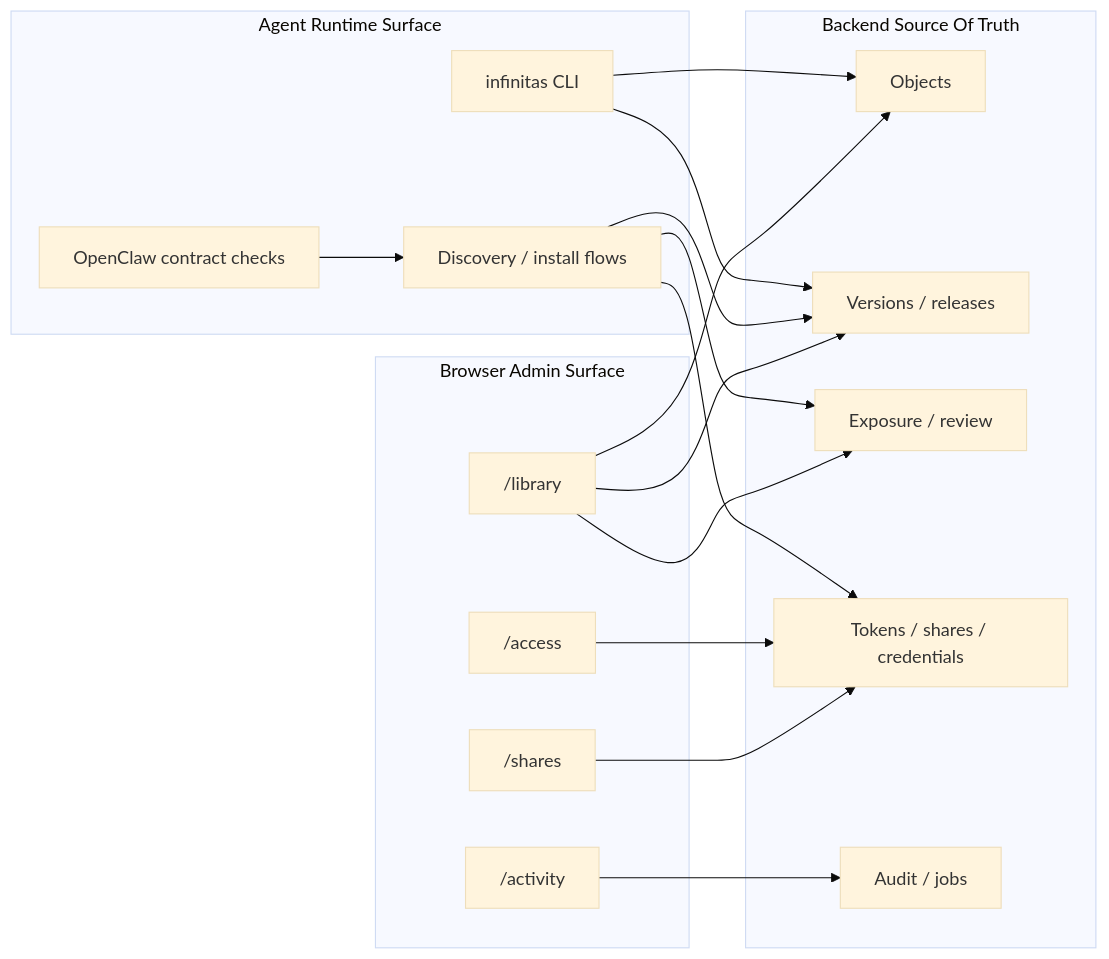
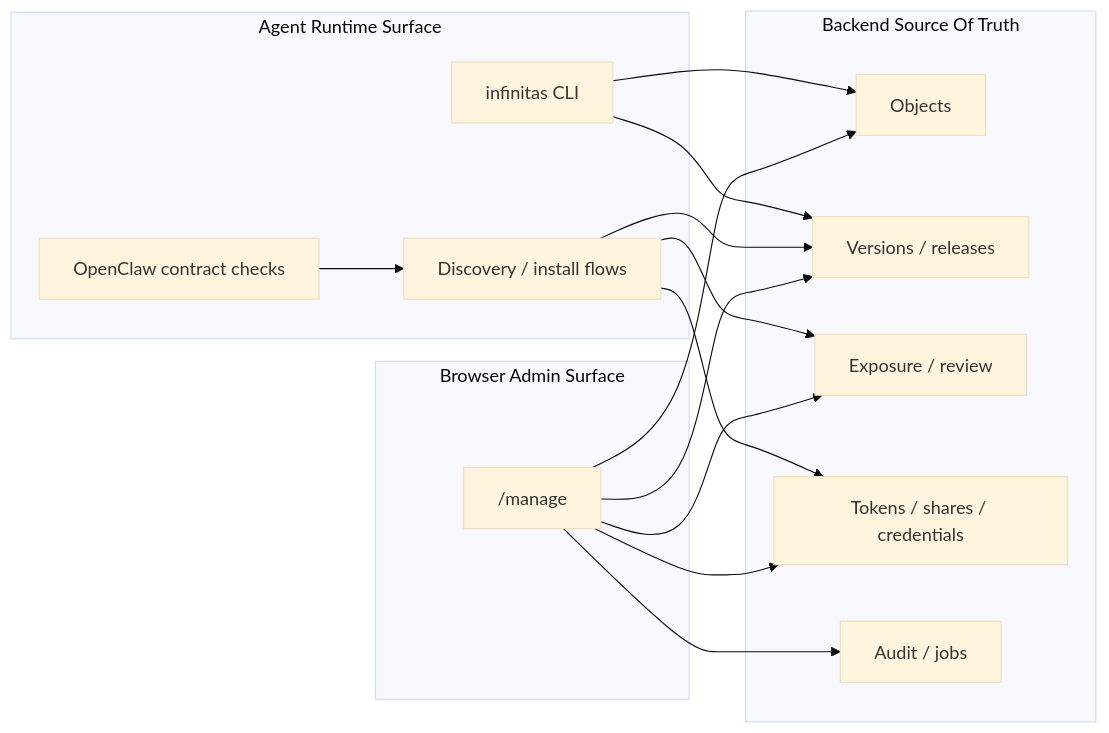
The second of 4 diagrams in docs/guide/control-plane-business-flows.md (EudOnline/infinitas-skill), drawn with Mermaid (base theme) before and after one commit. The commit also changed other lines of this file and 14 other files, not shown here.

````diff
--- a/docs/guide/control-plane-business-flows.md
+++ b/docs/guide/control-plane-business-flows.md
@@ -83,37 +83,33 @@
 ```mermaid
 flowchart LR
   subgraph Runtime["Agent Runtime Surface"]
     R1["infinitas CLI"]
     R2["OpenClaw contract checks"]
     R3["Discovery / install flows"]
   end
 
   subgraph Control["Backend Source Of Truth"]
     C1["Objects"]
     C2["Versions / releases"]
     C3["Exposure / review"]
     C4["Tokens / shares / credentials"]
     C5["Audit / jobs"]
   end
 
   subgraph Admin["Browser Admin Surface"]
-    F1["/library"]
-    F2["/access"]
-    F3["/shares"]
-    F4["/activity"]
+    F1["/manage"]
   end
 
   R1 --> C1
   R1 --> C2
   R2 --> R3
   R3 --> C2
   R3 --> C3
   R3 --> C4
 
   F1 --> C1
   F1 --> C2
   F1 --> C3
-  F2 --> C4
-  F3 --> C4
-  F4 --> C5
+  F1 --> C4
+  F1 --> C5
 ```
````
